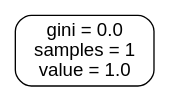
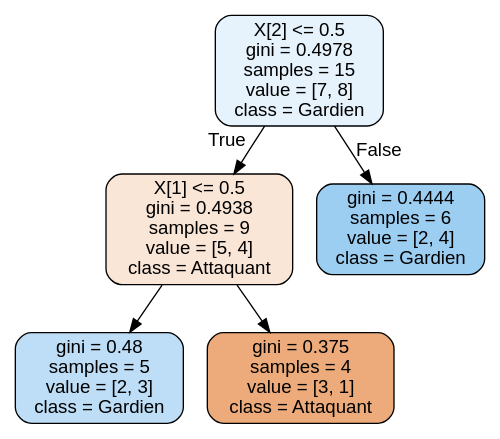
Before and after one commit to exRivalis/SoccerSimulator: the diagram in test_arbre.dot, drawn with Graphviz. The commit also changed 6 other files, not shown here.

```diff
--- a/test_arbre.dot
+++ b/test_arbre.dot
@@ -1,5 +1,13 @@
 digraph Tree {
 node [shape=box, style="filled, rounded", color="black", fontname=helvetica] ;
 edge [fontname=helvetica] ;
-0 [label="gini = 0.0\nsamples = 1\nvalue = 1.0", fillcolor="#e5813900"] ;
+0 [label="X[2] <= 0.5\ngini = 0.4978\nsamples = 15\nvalue = [7, 8]\nclass = Gardien", fillcolor="#399de520"] ;
+1 [label="X[1] <= 0.5\ngini = 0.4938\nsamples = 9\nvalue = [5, 4]\nclass = Attaquant", fillcolor="#e5813933"] ;
+0 -> 1 [labeldistance=2.5, labelangle=45, headlabel="True"] ;
+2 [label="gini = 0.48\nsamples = 5\nvalue = [2, 3]\nclass = Gardien", fillcolor="#399de555"] ;
+1 -> 2 ;
+3 [label="gini = 0.375\nsamples = 4\nvalue = [3, 1]\nclass = Attaquant", fillcolor="#e58139aa"] ;
+1 -> 3 ;
+4 [label="gini = 0.4444\nsamples = 6\nvalue = [2, 4]\nclass = Gardien", fillcolor="#399de57f"] ;
+0 -> 4 [labeldistance=2.5, labelangle=-45, headlabel="False"] ;
 }
```
